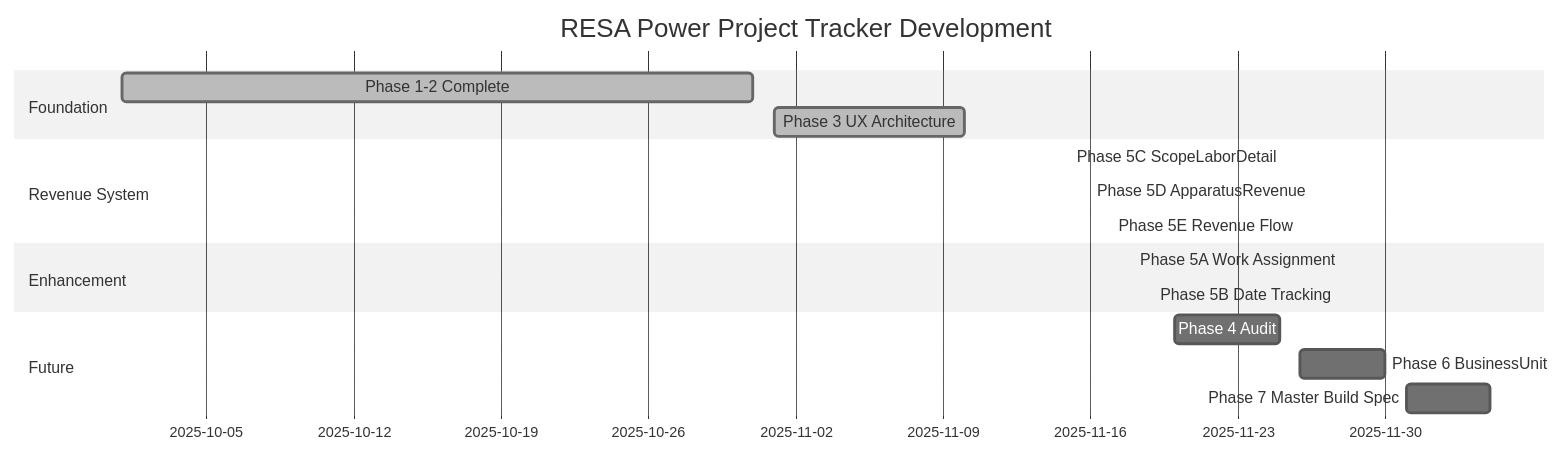
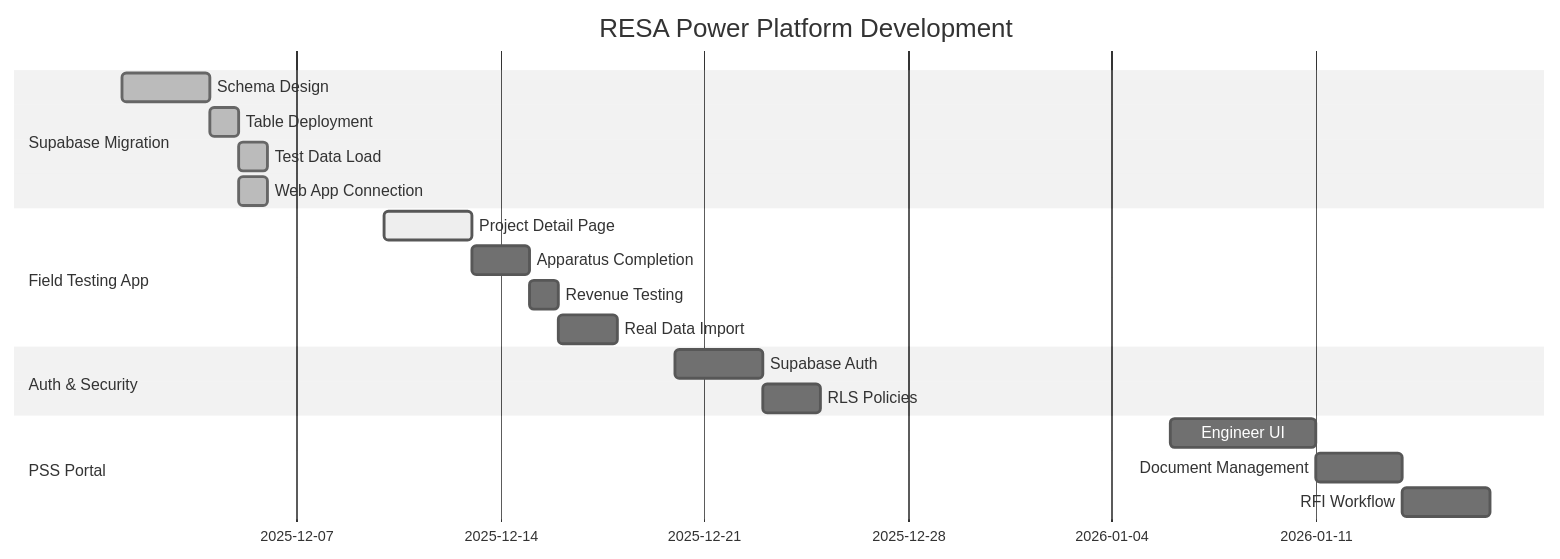
The fifth of 5 diagrams in PROJECT_OVERVIEW.md (APEX-Power-Ops/apex-power-ops-platform), drawn with Mermaid (neutral theme) before and after one commit. The commit also changed other lines of this file and 2 other files, not shown here.

First line of the commit message:
docs: Update documentation for Supabase v2.0.0

````diff
--- a/PROJECT_OVERVIEW.md
+++ b/PROJECT_OVERVIEW.md
@@ -475,19 +468,22 @@
 ```mermaid
 gantt
-    title RESA Power Project Tracker Development
+    title RESA Power Platform Development
     dateFormat YYYY-MM-DD
-    section Foundation
-    Phase 1-2 Complete          :done, p1, 2025-10-01, 2025-10-31
-    Phase 3 UX Architecture     :done, p3, 2025-11-01, 2025-11-10
-    section Revenue System
-    Phase 5C ScopeLaborDetail   :done, p5c, 2025-11-15, 2025-11-15
-    Phase 5D ApparatusRevenue   :done, p5d, 2025-11-16, 2025-11-16
-    Phase 5E Revenue Flow       :active, p5e, 2025-11-17, 2025-11-17
-    section Enhancement
-    Phase 5A Work Assignment    :p5a, 2025-11-18, 2025-11-18
-    Phase 5B Date Tracking      :p5b, 2025-11-19, 2025-11-19
-    section Future
-    Phase 4 Audit               :p4, 2025-11-20, 2025-11-25
-    Phase 6 BusinessUnit        :p6, 2025-11-26, 2025-11-30
-    Phase 7 Master Build Spec   :p7, 2025-12-01, 2025-12-05
+    section Supabase Migration
+    Schema Design          :done, s1, 2025-12-01, 3d
+    Table Deployment       :done, s2, 2025-12-04, 1d
+    Test Data Load        :done, s3, 2025-12-05, 1d
+    Web App Connection    :done, s4, 2025-12-05, 1d
+    section Field Testing App
+    Project Detail Page    :active, f1, 2025-12-10, 3d
+    Apparatus Completion   :f2, after f1, 2d
+    Revenue Testing        :f3, after f2, 1d
+    Real Data Import       :f4, after f3, 2d
+    section Auth & Security
+    Supabase Auth          :a1, 2025-12-20, 3d
+    RLS Policies           :a2, after a1, 2d
+    section PSS Portal
+    Engineer UI            :p1, 2026-01-06, 5d
+    Document Management    :p2, after p1, 3d
+    RFI Workflow           :p3, after p2, 3d
 ```
````
